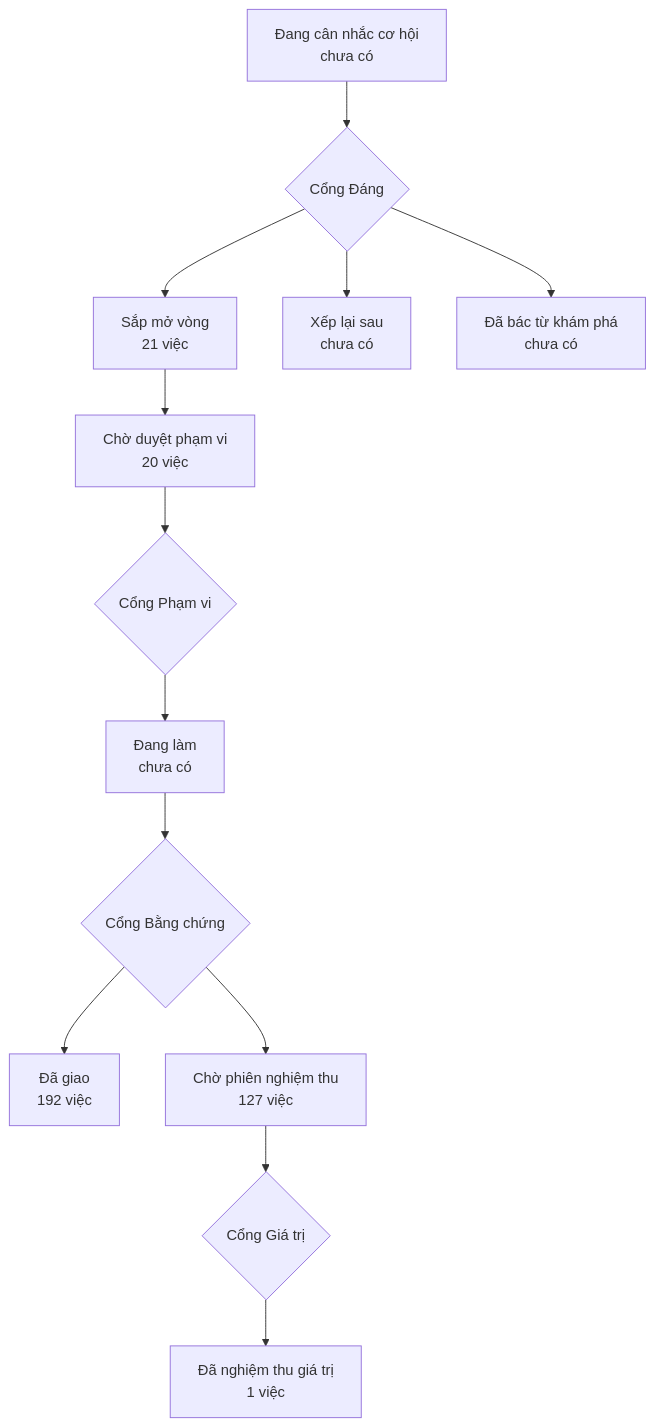
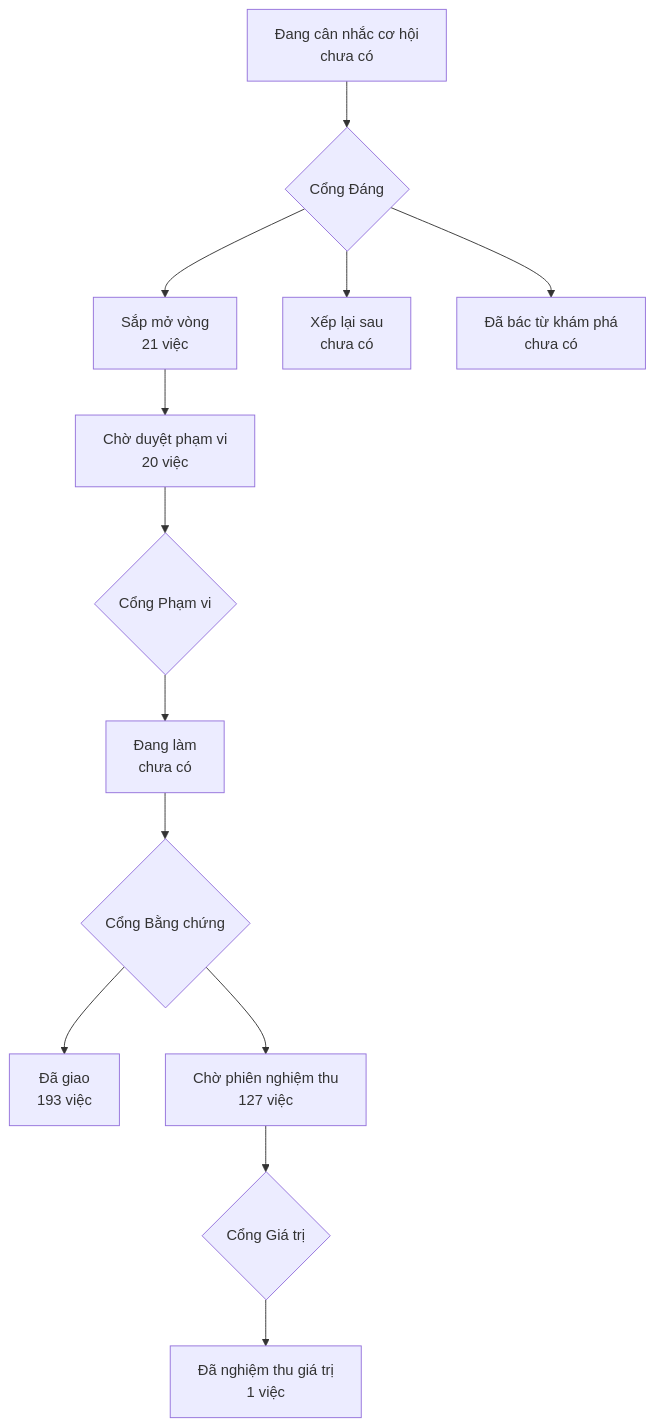
One commit to phanlemanh/onehub-invest changed the diagram in PRODUCT-MAP.md. Above: the diagram before and after it, drawn with Mermaid. The commit also changed other lines of this file and 1 other file, not shown here.

Commit message:
chore(map): vẽ lại bản đồ, LO-TRINH sau khi nhận main c6273411

````diff
--- a/PRODUCT-MAP.md
+++ b/PRODUCT-MAP.md
@@ -7,12 +7,12 @@
 ```mermaid
 flowchart TD
   A["Đang cân nhắc cơ hội<br/>chưa có"] --> GD{"Cổng Đáng"}
   GD --> B["Sắp mở vòng<br/>21 việc"]
   GD --> XL["Xếp lại sau<br/>chưa có"]
   GD --> DB["Đã bác từ khám phá<br/>chưa có"]
   B --> CD["Chờ duyệt phạm vi<br/>20 việc"] --> GP{"Cổng Phạm vi"}
   GP --> DL["Đang làm<br/>chưa có"] --> GB{"Cổng Bằng chứng"}
-  GB --> DG["Đã giao<br/>192 việc"]
+  GB --> DG["Đã giao<br/>193 việc"]
   GB --> CN["Chờ phiên nghiệm thu<br/>127 việc"] --> GG{"Cổng Giá trị"}
   GG --> NT["Đã nghiệm thu giá trị<br/>1 việc"]
 ```
````
